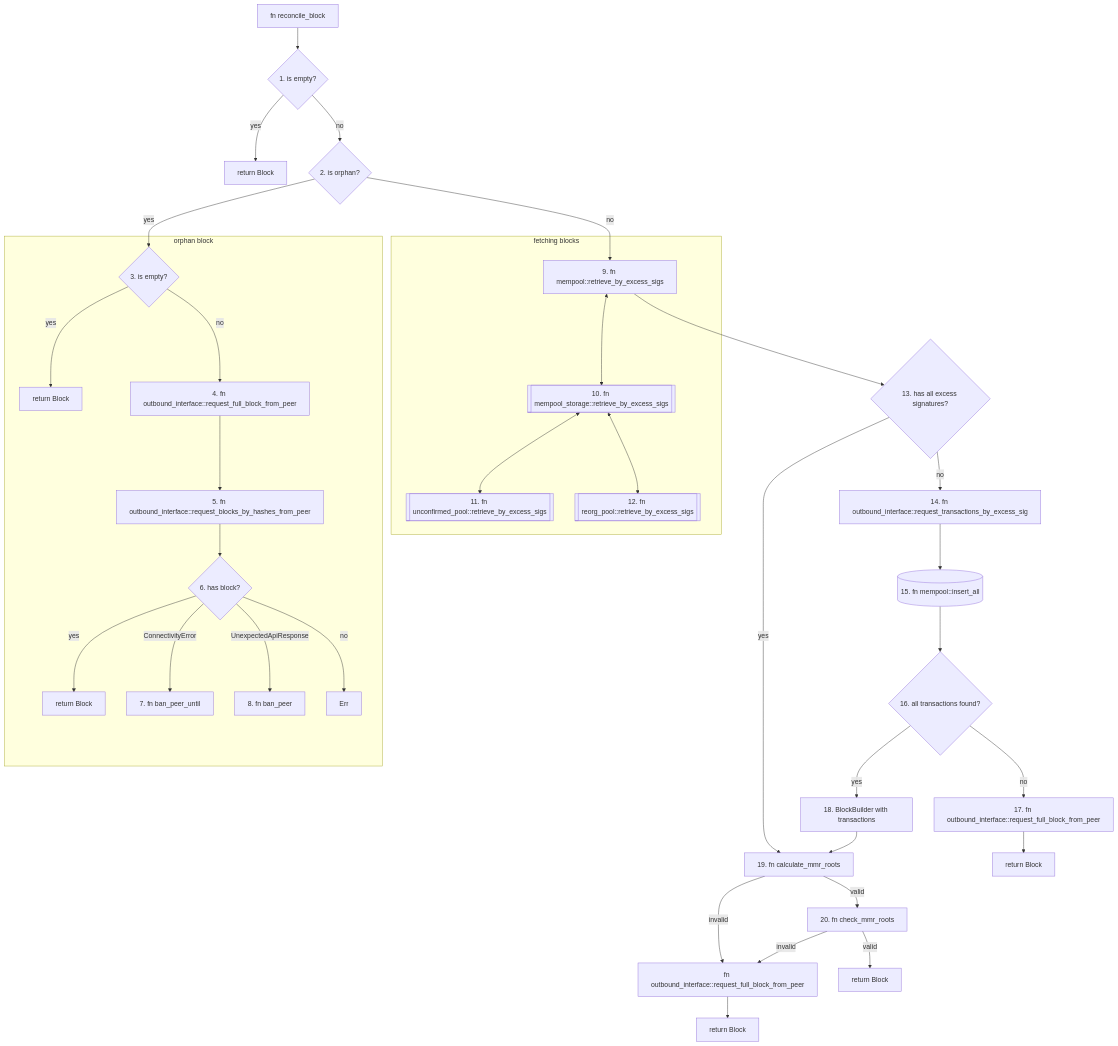
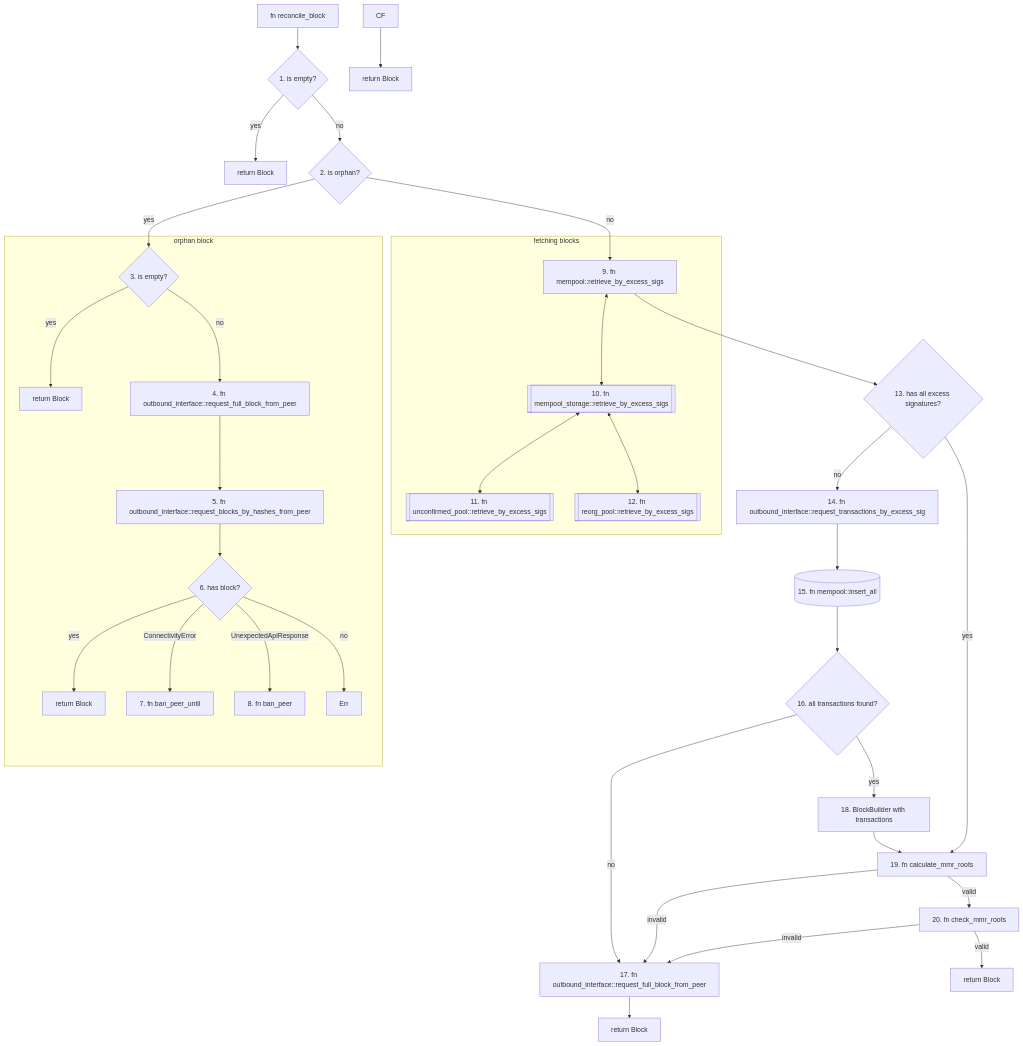
The diagram in docs/src/diagrams/reconcile_block.md (tari-project/tari), drawn with Mermaid before and after one commit.

Commit message:
Reuse erronous path

````diff
--- a/docs/src/diagrams/reconcile_block.md
+++ b/docs/src/diagrams/reconcile_block.md
@@ -15,44 +15,44 @@
 ```mermaid
 
 flowchart TD
     A[fn reconcile_block] --> AA{1. is empty?}
     AA --yes --> AB[return Block]
     AA --no --> AC{2. is orphan?}
     AC --yes --> D
     AC --no --> B[9. fn mempool::retrieve_by_excess_sigs]
     
     subgraph fetching blocks
         B <--> BA[[10. fn mempool_storage::retrieve_by_excess_sigs]]
         BA <--> BB[[11. fn unconfirmed_pool::retrieve_by_excess_sigs]]
         BA <--> BC[[12. fn reorg_pool::retrieve_by_excess_sigs]]
     end
     
     B --> C{13. has all excess signatures?}
     C --no --> CA[14. fn outbound_interface::request_transactions_by_excess_sig]
     CA --> CC[(15. fn mempool::insert_all)]
     CC --> CE{16. all transactions found?}
-    CE --no --> CF[17. fn outbound_interface::request_full_block_from_peer]
+    CE --no --> CJ
     CE --yes --> CD[18. BlockBuilder with transactions]
     C --yes --> CB[19. fn calculate_mmr_roots]
-    CB --invalid --> CJ[fn outbound_interface::request_full_block_from_peer]
+    CB --invalid --> CJ[17. fn outbound_interface::request_full_block_from_peer]
     CJ --> CK[return Block]
     CB --valid --> CL[20. fn check_mmr_roots]
     CL --invalid --> CJ
     CD --> CB
     CL --valid --> CM[return Block]
     CF --> CG[return Block]
 
     subgraph orphan block
         D{3. is empty?}
         D --yes --> DA[return Block]
         D --no --> DB[4. fn outbound_interface::request_full_block_from_peer]
         DB --> DC[5. fn outbound_interface::request_blocks_by_hashes_from_peer]
         DC --> DD{6. has block?}
         DD --yes --> DE[return Block]
         DD --ConnectivityError --> DF[7. fn ban_peer_until]
         DD --UnexpectedApiResponse --> DG[8. fn ban_peer]
         DD --no --> DH[Err]
     end
     
     classDef note fill:#eee,stroke:#ccc
 ```
````
